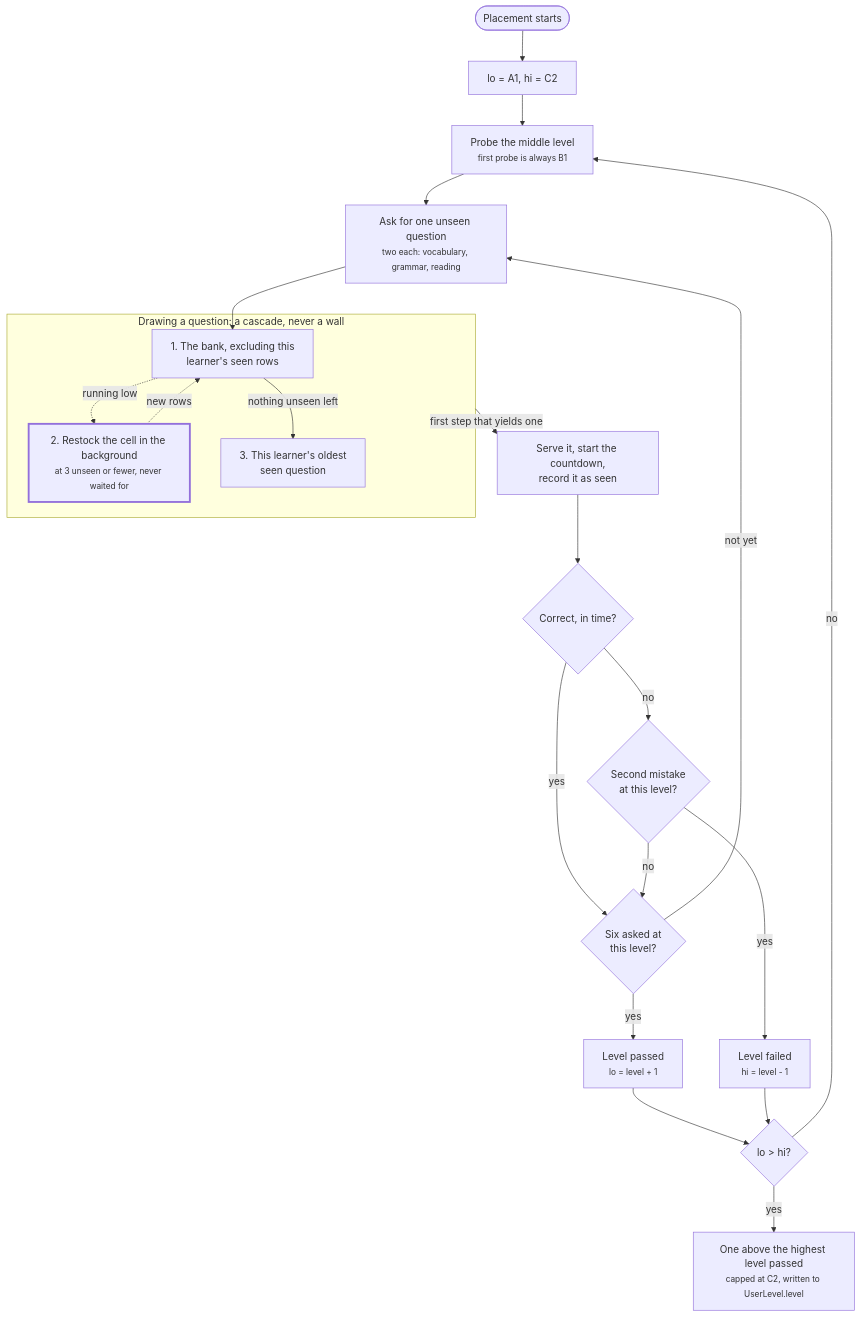
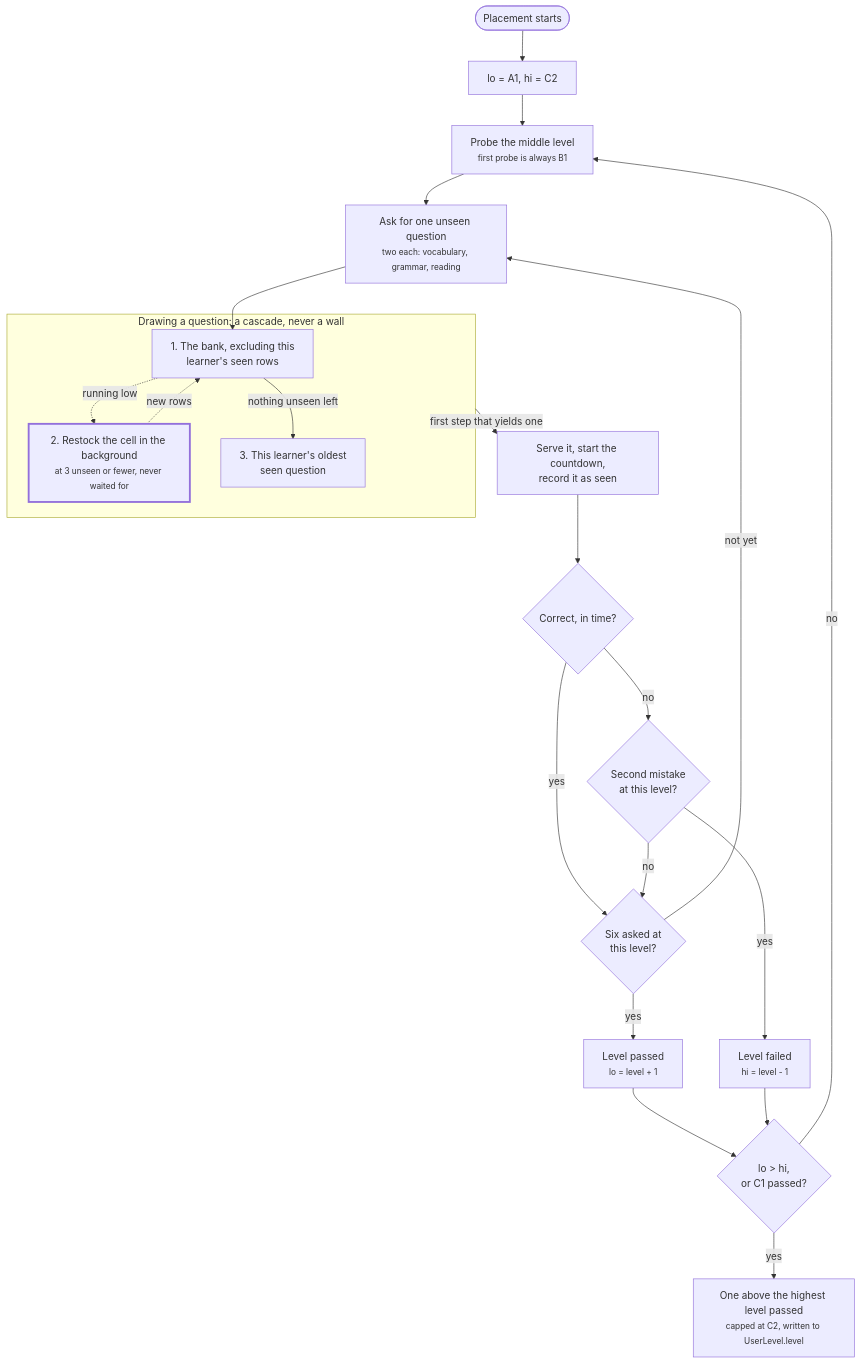
One commit to VictorBro/ft_transcendence changed the first of 5 diagrams in docs/PRODUCT_ARCHITECTURE.md. Above: the diagram before and after it, drawn with Mermaid. The commit also changed other lines of this file and 1 other file, not shown here.

````diff
--- a/docs/PRODUCT_ARCHITECTURE.md
+++ b/docs/PRODUCT_ARCHITECTURE.md
@@ -127,32 +129,32 @@
 ```mermaid
 flowchart TD
     start(["Placement starts"]) --> bounds["lo = A1, hi = C2"]
     bounds --> probe["Probe the middle level<br/><small>first probe is always B1</small>"]
     probe --> draw["Ask for one unseen question<br/><small>two each: vocabulary, grammar, reading</small>"]
 
     subgraph cascade["Drawing a question: a cascade, never a wall"]
         bank["1. The bank, excluding this<br/>learner's seen rows"]
         gen["2. Restock the cell in the background<br/><small>at 3 unseen or fewer, never waited for</small>"]
         lru["3. This learner's oldest<br/>seen question"]
         bank -. "running low" .-> gen
         gen -. "new rows" .-> bank
         bank -- "nothing unseen left" --> lru
     end
 
     draw --> bank
     cascade -- "first step that yields one" --> serve["Serve it, start the countdown,<br/>record it as seen"]
     serve --> judge{"Correct, in time?"}
     judge -- "yes" --> six{"Six asked at<br/>this level?"}
     judge -- "no" --> second{"Second mistake<br/>at this level?"}
     second -- "no" --> six
     second -- "yes" --> failed["Level failed<br/><small>hi = level - 1</small>"]
     six -- "not yet" --> draw
     six -- "yes" --> passed["Level passed<br/><small>lo = level + 1</small>"]
-    passed --> over{"lo > hi?"}
+    passed --> over{"lo > hi,<br/>or C1 passed?"}
     failed --> over
     over -- "no" --> probe
     over -- "yes" --> result["One above the highest level passed<br/><small>capped at C2, written to UserLevel.level</small>"]
 
     classDef llm stroke-width:3px
     class gen llm
 ```
````
